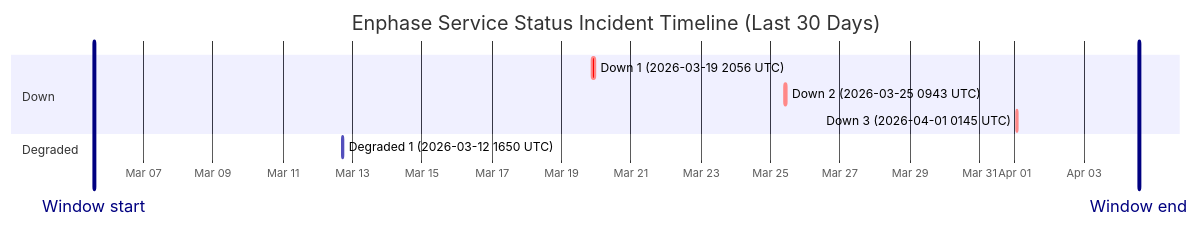
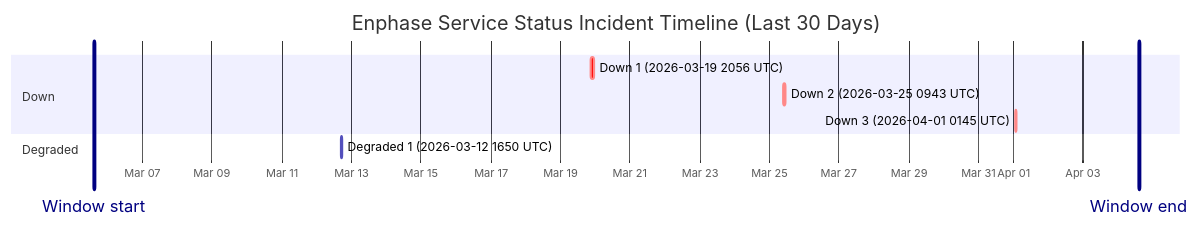
Before and after one commit to barneyonline/ha-enphase-ev-charger: the diagram in wiki/Service-Status-History.md, drawn with Mermaid. The commit also changed other lines of this file and 3 other files, not shown here.

````diff
--- a/wiki/Service-Status-History.md
+++ b/wiki/Service-Status-History.md
@@ -14,14 +14,14 @@
 ```mermaid
 gantt
     title Enphase Service Status Incident Timeline (Last 30 Days)
     dateFormat  YYYY-MM-DDTHH:mm:ss
     axisFormat  %b %d
-    Window start :vert, window-start, 2026-03-05T13:53:07, 0ms
-    Window end :vert, window-end, 2026-04-04T13:53:07, 0ms
+    Window start :vert, window-start, 2026-03-05T14:32:57, 0ms
+    Window end :vert, window-end, 2026-04-04T14:32:57, 0ms
     section Down
     Down 1 (2026-03-19 2056 UTC) :crit, down-1, 2026-03-19T20:56:20, 145m
     Down 2 (2026-03-25 0943 UTC) :crit, down-2, 2026-03-25T09:43:28, 111m
     Down 3 (2026-04-01 0145 UTC) :crit, down-3, 2026-04-01T01:45:09, 60m
     section Degraded
     Degraded 1 (2026-03-12 1650 UTC) :active, degraded-1, 2026-03-12T16:50:43, 60m
 ```
````
